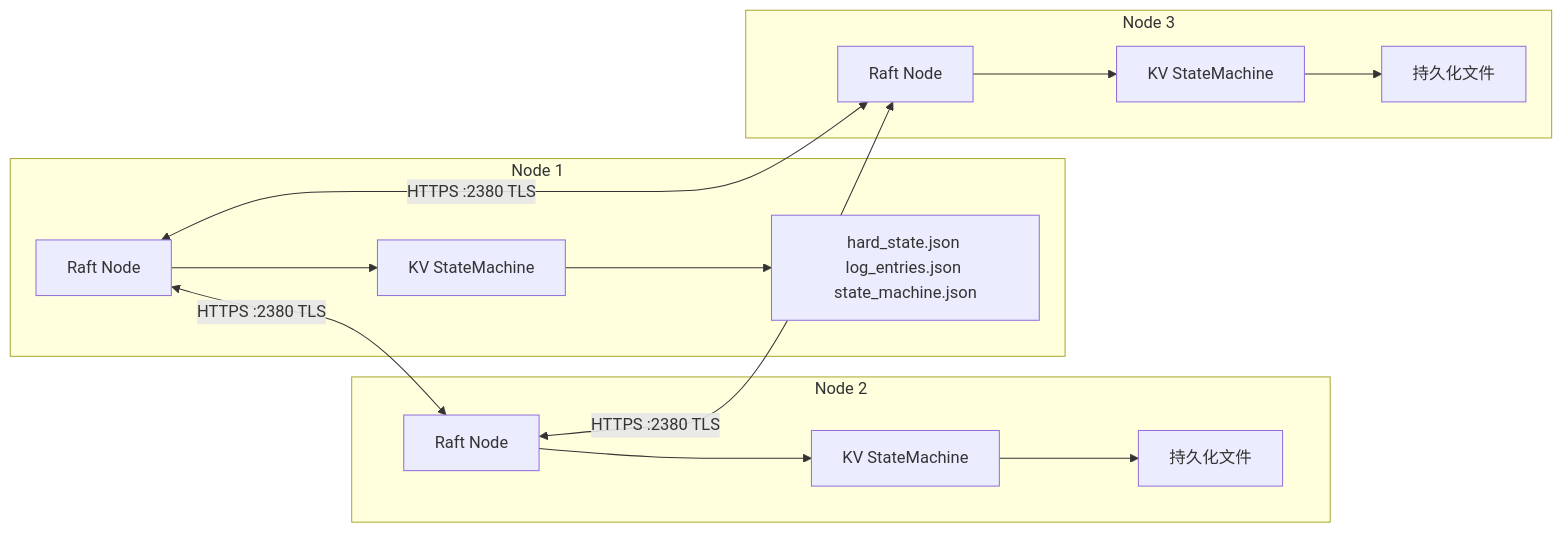
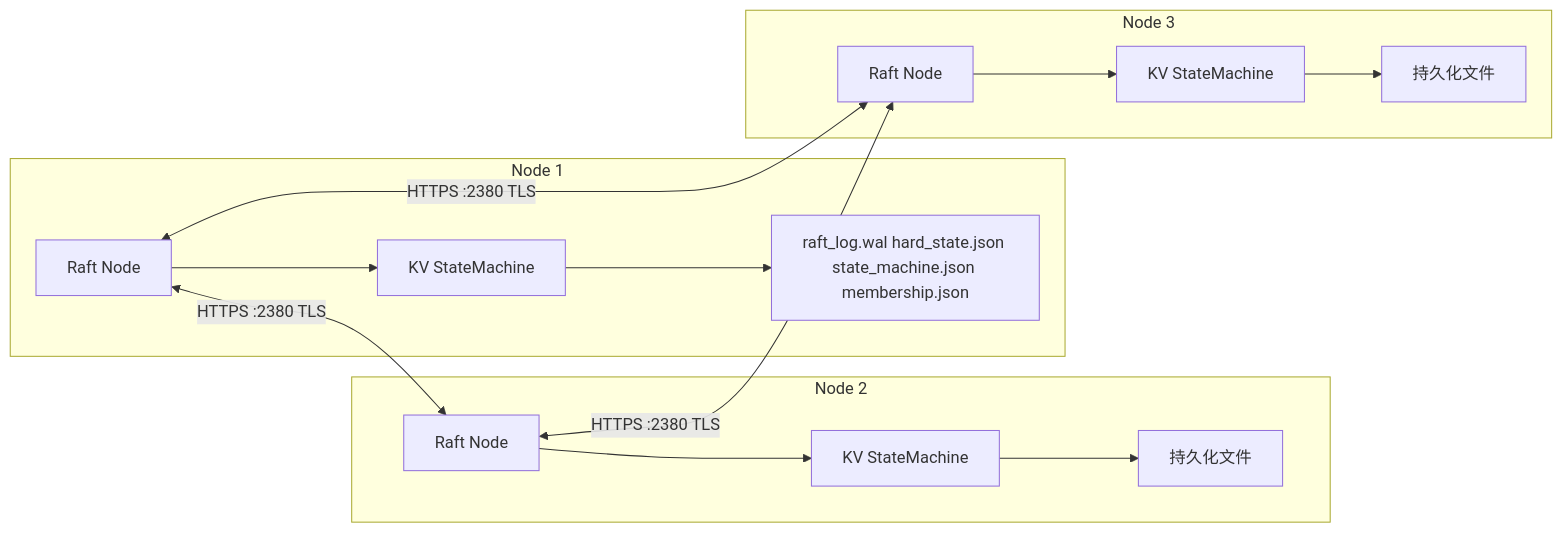
The seventh of 11 diagrams in docs/pg-ha-architecture.md (seraphico/pg-ha), drawn with Mermaid before and after one commit. The commit also changed 4 other files, not shown here.

````diff
--- a/docs/pg-ha-architecture.md
+++ b/docs/pg-ha-architecture.md
@@ -166,29 +166,29 @@
 ```mermaid
 flowchart LR
     subgraph Node1["Node 1"]
         R1[Raft Node]
         SM1[KV StateMachine]
-        DISK1[hard_state.json log_entries.json state_machine.json]
+        DISK1[raft_log.wal hard_state.json state_machine.json membership.json]
     end
     subgraph Node2["Node 2"]
         R2[Raft Node]
         SM2[KV StateMachine]
         DISK2[持久化文件]
     end
     subgraph Node3["Node 3"]
         R3[Raft Node]
         SM3[KV StateMachine]
         DISK3[持久化文件]
     end
 
     R1 <-->|HTTPS :2380 TLS| R2
     R2 <-->|HTTPS :2380 TLS| R3
     R1 <-->|HTTPS :2380 TLS| R3
 
     R1 --> SM1
     R2 --> SM2
     R3 --> SM3
     SM1 --> DISK1
     SM2 --> DISK2
     SM3 --> DISK3
 ```
````
